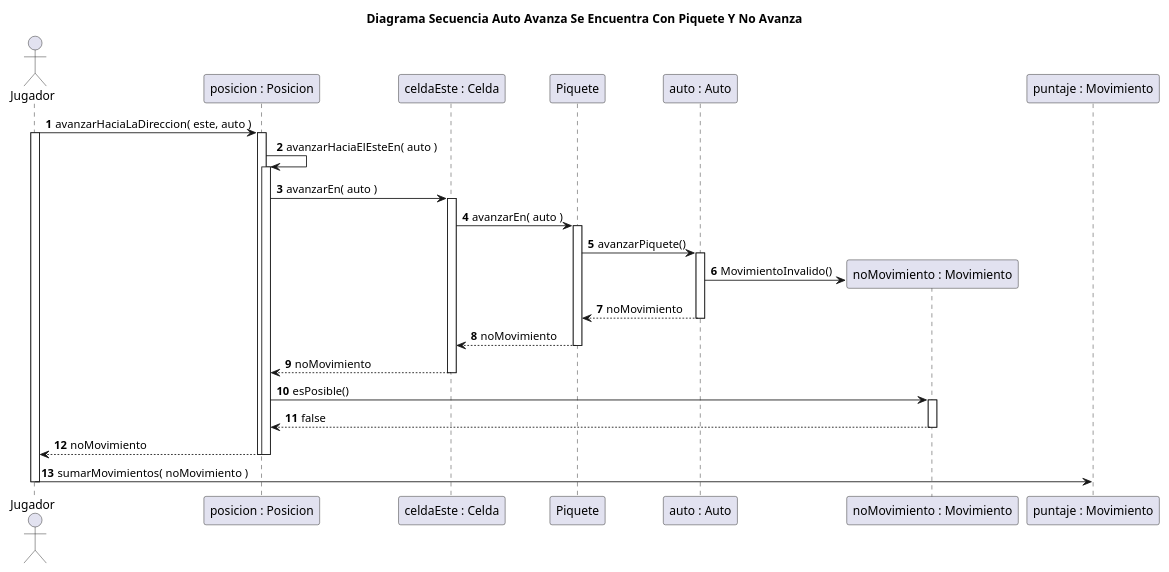
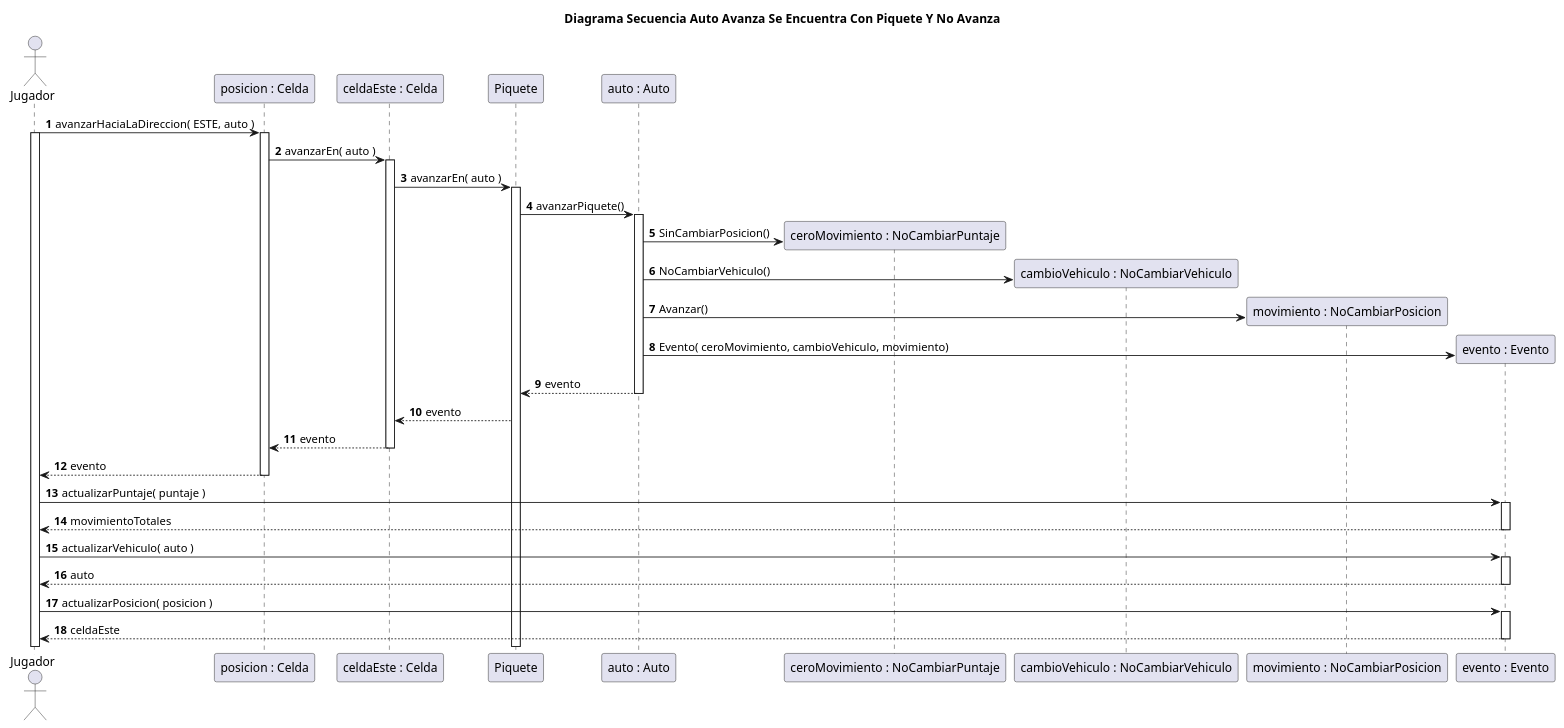
Before and after one commit to rodrigovzq/algo3_tp2: the diagram in diagrams/sequences/entrega1/DiagramaSecuenciaCasoConPiqueteEnAuto.puml, drawn with PlantUML. The commit also changed 6 other files, not shown here.

```diff
--- a/diagrams/sequences/entrega1/DiagramaSecuenciaCasoConPiqueteEnAuto.puml
+++ b/diagrams/sequences/entrega1/DiagramaSecuenciaCasoConPiqueteEnAuto.puml
@@ -1,42 +1,50 @@
 @startuml
 title Diagrama Secuencia Auto Avanza Se Encuentra Con Piquete Y No Avanza
 
 autonumber
 
 actor Jugador
 
-Jugador -> "posicion : Posicion"++: avanzarHaciaLaDireccion( este, auto )
+Jugador -> "posicion : Celda"++: avanzarHaciaLaDireccion( ESTE, auto )
 
 activate Jugador
-"posicion : Posicion" -> "posicion : Posicion"++: avanzarHaciaElEsteEn( auto )
-
-
-"posicion : Posicion" -> "celdaEste : Celda"++: avanzarEn( auto )
+"posicion : Celda" -> "celdaEste : Celda"++: avanzarEn( auto )
 
 
 "celdaEste : Celda" -> Piquete++: avanzarEn( auto )
 Piquete -> "auto : Auto"++: avanzarPiquete()
-create "noMovimiento : Movimiento"
-"auto : Auto" -> "noMovimiento : Movimiento": MovimientoInvalido()
+
+create "ceroMovimiento : NoCambiarPuntaje"
+"auto : Auto" -> "ceroMovimiento : NoCambiarPuntaje": SinCambiarPosicion()
+
+create "cambioVehiculo : NoCambiarVehiculo"
+"auto : Auto"  -> "cambioVehiculo : NoCambiarVehiculo": NoCambiarVehiculo()
+
+create "movimiento : NoCambiarPosicion"
+"auto : Auto"  -> "movimiento : NoCambiarPosicion": Avanzar()
+
+create "evento : Evento"
+"auto : Auto"  -> "evento : Evento": Evento( ceroMovimiento, cambioVehiculo, movimiento)
+
+"auto : Auto" --> Piquete: evento
+deactivate "auto : Auto"
+
+Piquete --> "celdaEste : Celda": evento
 
 
-"auto : Auto" --> Piquete: noMovimiento
-deactivate "auto : Auto"
-Piquete --> "celdaEste : Celda": noMovimiento
-deactivate Piquete
-"celdaEste : Celda" --> "posicion : Posicion": noMovimiento
+"celdaEste : Celda" --> "posicion : Celda": evento
 deactivate "celdaEste : Celda"
 
+"posicion : Celda" --> Jugador--: evento
 
-"noMovimiento : Movimiento" <- "posicion : Posicion"++: esPosible()
-"noMovimiento : Movimiento" --> "posicion : Posicion": false
-deactivate "noMovimiento : Movimiento"
 
-"posicion : Posicion" --> Jugador--: noMovimiento
-deactivate "posicion : Posicion"
-deactivate "posicion : Posicion"
+Jugador -> "evento : Evento"++: actualizarPuntaje( puntaje )
+Jugador <-- "evento : Evento"--: movimientoTotales
 
-Jugador -> "puntaje : Movimiento": sumarMovimientos( noMovimiento )
-deactivate Jugador
+Jugador -> "evento : Evento"++: actualizarVehiculo( auto )
+Jugador <-- "evento : Evento"--: auto
+
+Jugador -> "evento : Evento"++: actualizarPosicion( posicion )
+Jugador <-- "evento : Evento"--: celdaEste
 
 @enduml
```
